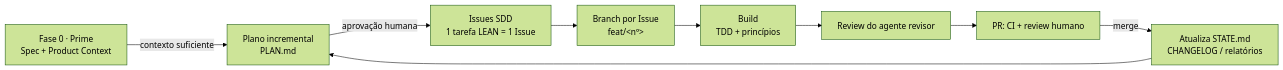
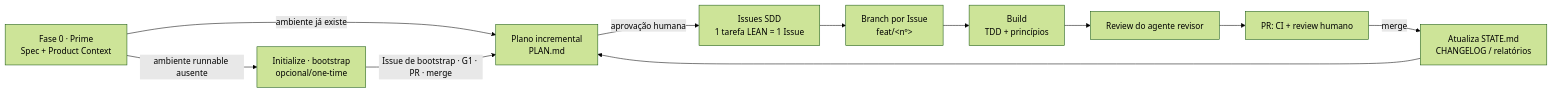
Before and after one commit to isaiane/OrionHarness: the diagram in README.md, drawn with Mermaid (forest theme). The commit also changed other lines of this file and 11 other files, not shown here.

````diff
--- a/README.md
+++ b/README.md
@@ -46,11 +46,13 @@
 ```mermaid
 flowchart LR
-    P[Fase 0 · Prime<br/>Spec + Product Context] -->|contexto suficiente| A
+    P[Fase 0 · Prime<br/>Spec + Product Context] -->|ambiente runnable ausente| I[Initialize · bootstrap<br/>opcional/one-time]
+    P -->|ambiente já existe| A
+    I -->|Issue de bootstrap · G1 · PR · merge| A
     A[Plano incremental<br/>PLAN.md] -->|aprovação humana| B[Issues SDD<br/>1 tarefa LEAN = 1 Issue]
     B --> C[Branch por Issue<br/>feat/&lt;nº&gt;]
     C --> D[Build<br/>TDD + princípios]
     D --> E[Review do agente revisor]
     E --> F[PR: CI + review humano]
     F -->|merge| G[Atualiza STATE.md<br/>CHANGELOG / relatórios]
     G --> A
 ```
````
